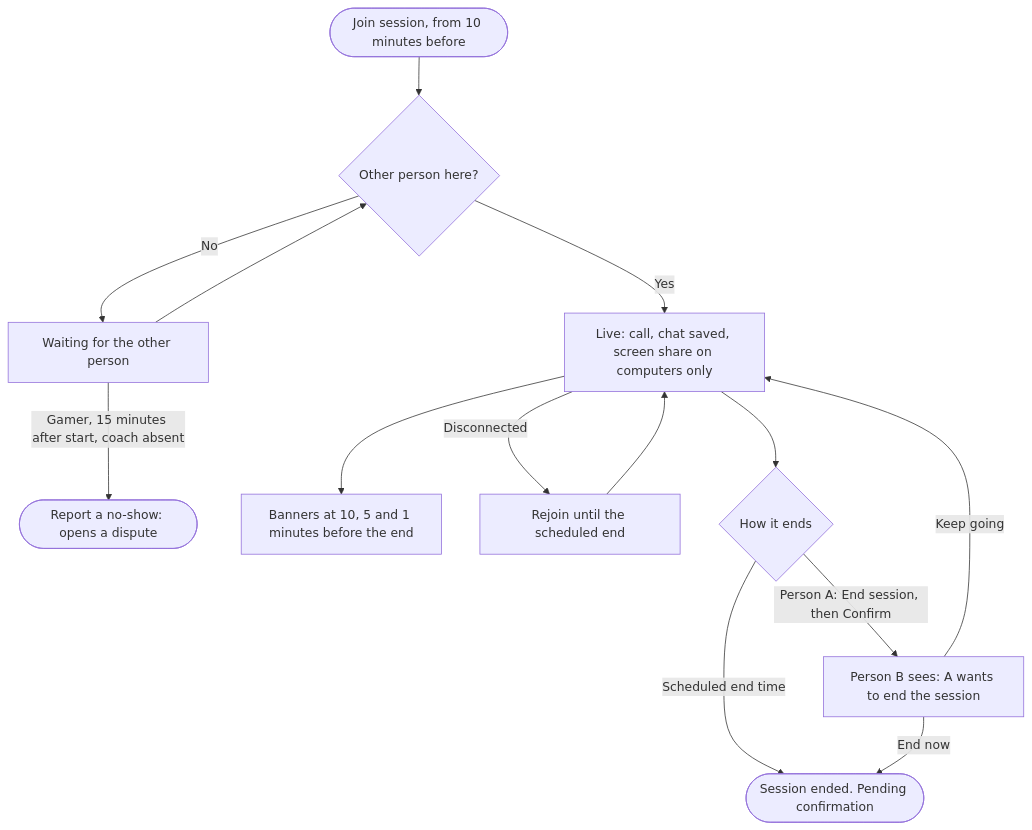
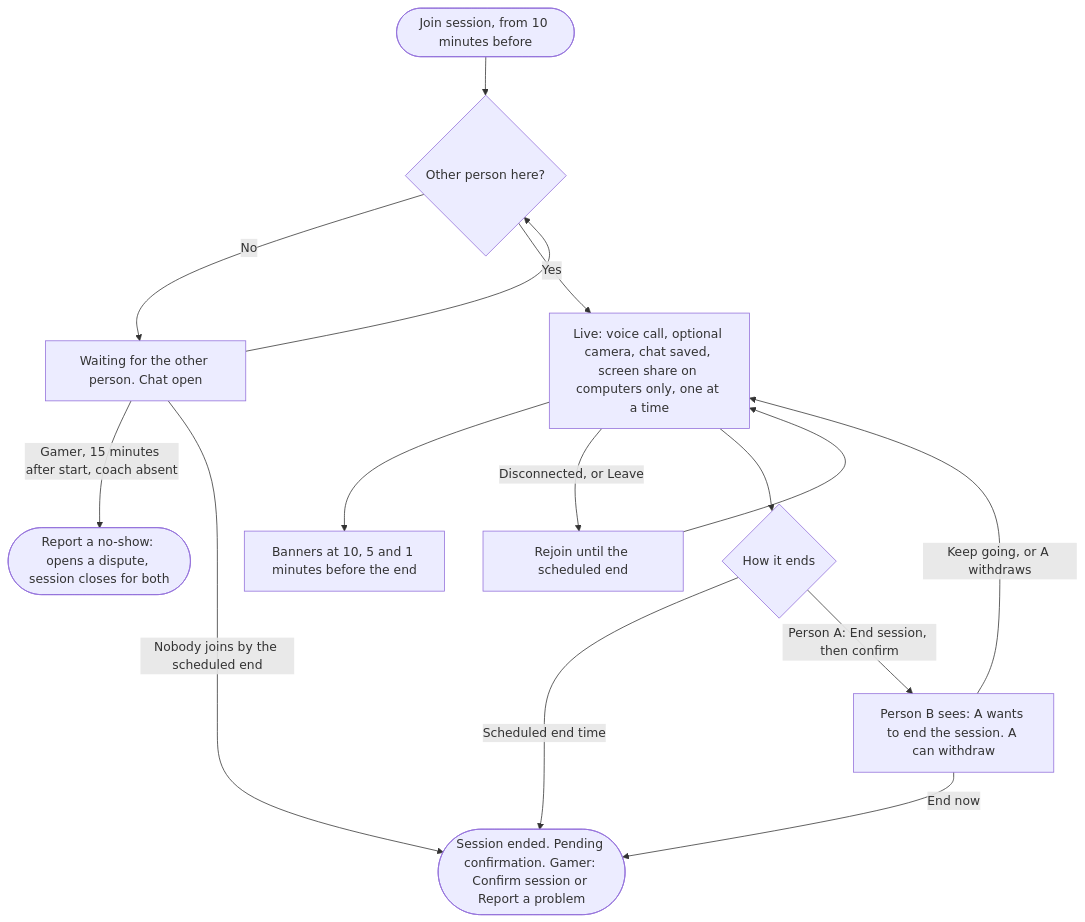
One commit to ILoveWaterSm/Harbourly-Waitlist-2.0 changed the fifth of 13 diagrams in design/USER-FLOW.md. Above: the diagram before and after it, drawn with Mermaid. The commit also changed other lines of this file and 4 other files, not shown here.

First line of the commit message:
Phase 2 decisions: live session, session detail, disputes; flow diagrams 4 to 7 and build order updated

````diff
--- a/design/USER-FLOW.md
+++ b/design/USER-FLOW.md
@@ -171,16 +172,17 @@
 ```mermaid
 flowchart TD
   Join(["Join session, from 10 minutes before"]) --> Waiting{"Other person here?"}
-  Waiting -->|"No"| Room["Waiting for the other person"]
+  Waiting -->|"No"| Room["Waiting for the other person. Chat open"]
   Room --> Waiting
-  Room -->|"Gamer, 15 minutes after start, coach absent"| NoShow(["Report a no-show: opens a dispute"])
-  Waiting -->|"Yes"| Live["Live: call, chat saved, screen share on computers only"]
+  Room -->|"Gamer, 15 minutes after start, coach absent"| NoShow(["Report a no-show: opens a dispute, session closes for both"])
+  Room -->|"Nobody joins by the scheduled end"| Ended
+  Waiting -->|"Yes"| Live["Live: voice call, optional camera, chat saved, screen share on computers only, one at a time"]
   Live --> Banners["Banners at 10, 5 and 1 minutes before the end"]
-  Live -->|"Disconnected"| Rejoin["Rejoin until the scheduled end"]
+  Live -->|"Disconnected, or Leave"| Rejoin["Rejoin until the scheduled end"]
   Rejoin --> Live
   Live --> EndHow{"How it ends"}
   EndHow -->|"Scheduled end time"| Ended
-  EndHow -->|"Person A: End session, then Confirm"| Ask["Person B sees: A wants to end the session"]
-  Ask -->|"Keep going"| Live
-  Ask -->|"End now"| Ended(["Session ended. Pending confirmation"])
+  EndHow -->|"Person A: End session, then confirm"| Ask["Person B sees: A wants to end the session. A can withdraw"]
+  Ask -->|"Keep going, or A withdraws"| Live
+  Ask -->|"End now"| Ended(["Session ended. Pending confirmation. Gamer: Confirm session or Report a problem"])
 ```
````
